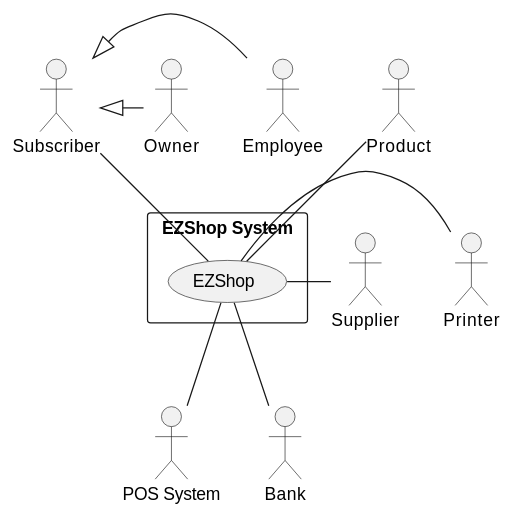
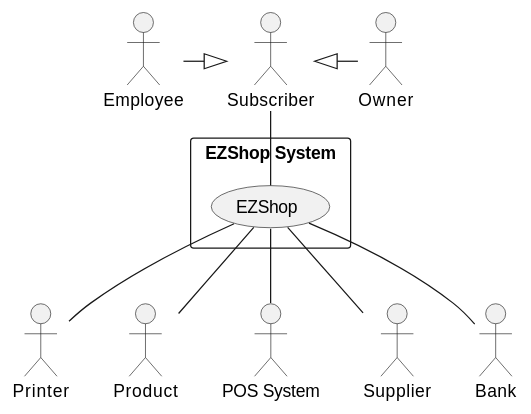
Before and after one commit to nicolabattaglino/ezshop: the first of 7 diagrams in Deliverables/RequirementsDocument.md, drawn with PlantUML. The commit also changed other lines of this file, not shown here.

````diff
--- a/Deliverables/RequirementsDocument.md
+++ b/Deliverables/RequirementsDocument.md
@@ -59,29 +59,29 @@
 ```plantuml
 @startuml
 
 
 actor Printer 
 actor Owner
 actor Product
 actor Subscriber
 actor Employee
 actor :POS System: as POSSystem
 actor :Supplier: as supplier
 actor Bank
 
 rectangle "EZShop System" as EZShopSystem{
 (EZShop)
 }
-Subscriber <|- Employee
+Employee -|> Subscriber
 Subscriber <|- Owner
-Product -- EZShop
+
 EZShop -- POSSystem
-EZShop - supplier
+EZShop -- supplier
 EZShop -- Bank
 Subscriber -- EZShop
-EZShop - Printer
-
+EZShop -- Printer
+EZShop -- Product
 
 
 @enduml
 ```
````
